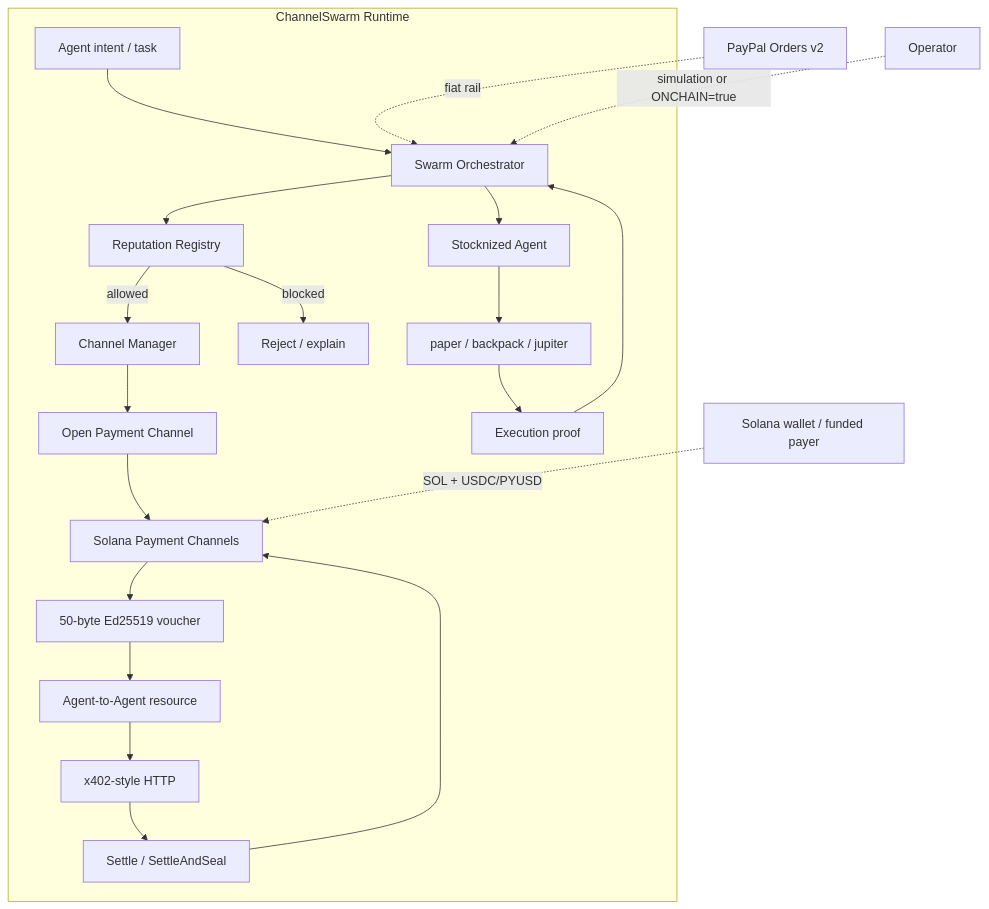
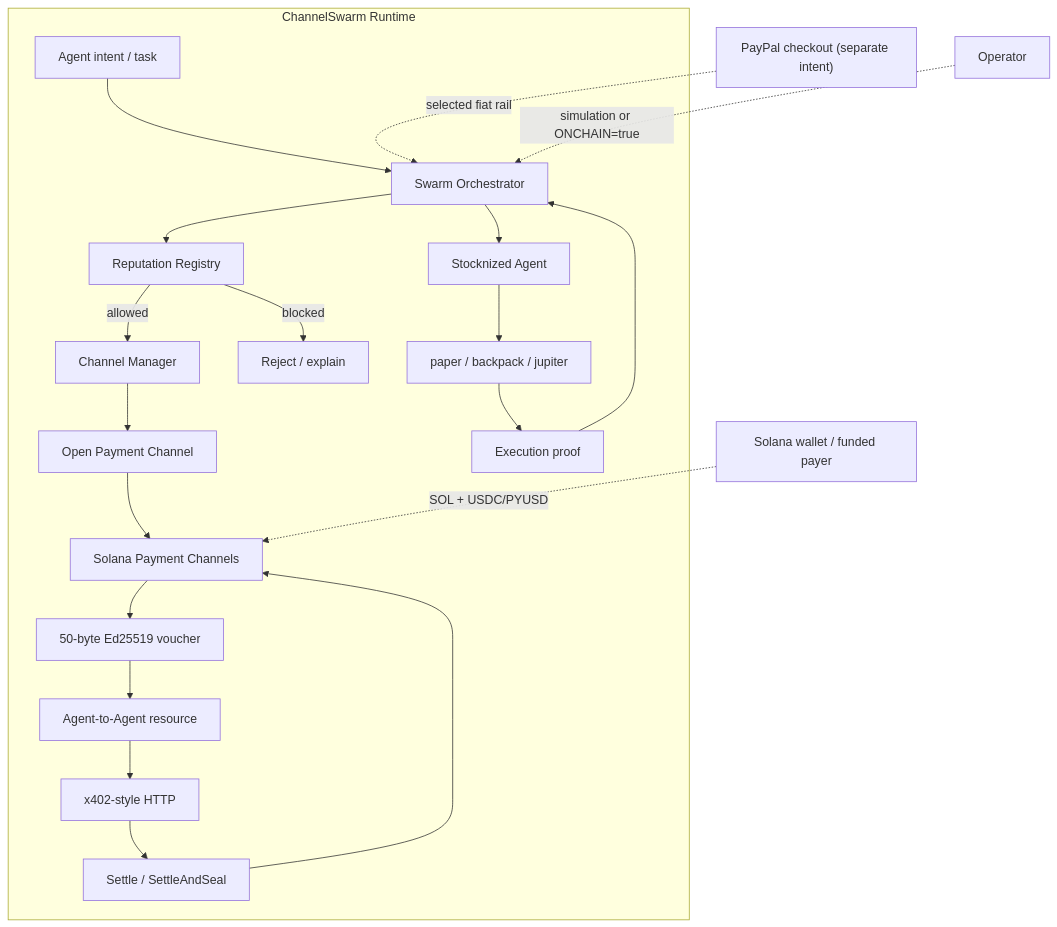
One commit to wadezigh96/Channel_Swarm changed the diagram in README.md. Above: the diagram before and after it, drawn with Mermaid. The commit also changed other lines of this file and 15 other files, not shown here.

````diff
--- a/README.md
+++ b/README.md
@@ -59,27 +59,27 @@
 ```mermaid
 flowchart TB
     subgraph ChannelSwarm["ChannelSwarm Runtime"]
         U["Agent intent / task"] --> O["Swarm Orchestrator"]
         O --> REP["Reputation Registry"]
         REP -->|allowed| CM["Channel Manager"]
         REP -->|blocked| X["Reject / explain"]
 
         CM --> OPEN["Open Payment Channel"]
         OPEN --> PC["Solana Payment Channels"]
         PC --> V["50-byte Ed25519 voucher"]
 
         V --> A["Agent-to-Agent resource"]
         A --> X402["x402-style HTTP"]
         X402 --> SET["Settle / SettleAndSeal"]
         SET --> PC
 
         O --> STOCK["Stocknized Agent"]
         STOCK --> EXEC["paper / backpack / jupiter"]
         EXEC --> PROOF["Execution proof"]
         PROOF --> O
     end
 
     SOL["Solana wallet / funded payer"] -.->|SOL + USDC/PYUSD| PC
-    PAYPAL["PayPal Orders v2"] -.->|fiat rail| O
+    PAYPAL["PayPal checkout (separate intent)"] -.->|selected fiat rail| O
     USER["Operator"] -.->|simulation or ONCHAIN=true| O
 ```
````
